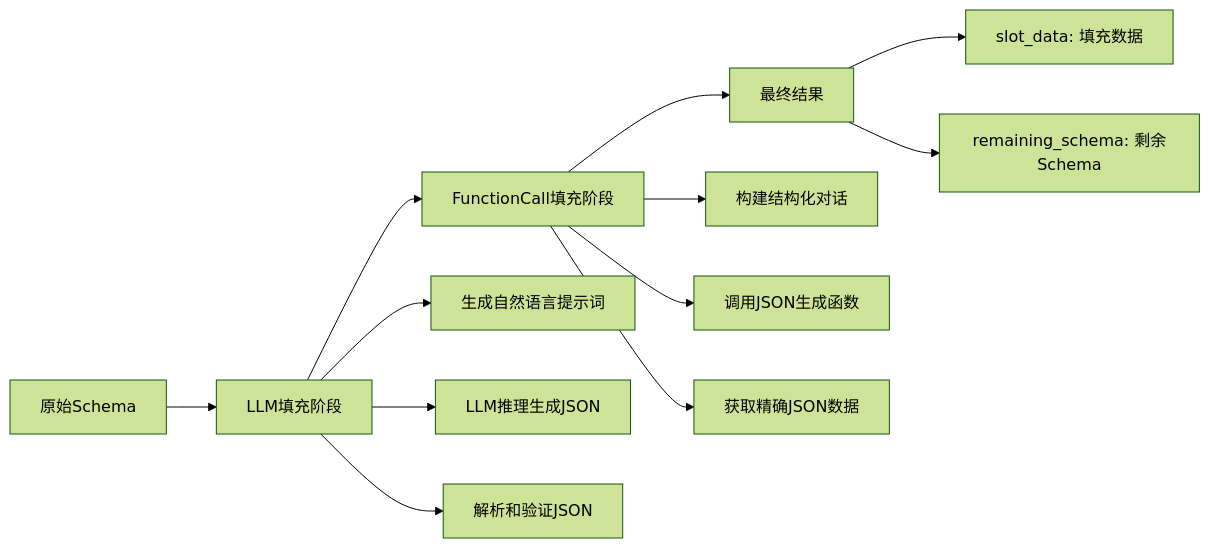
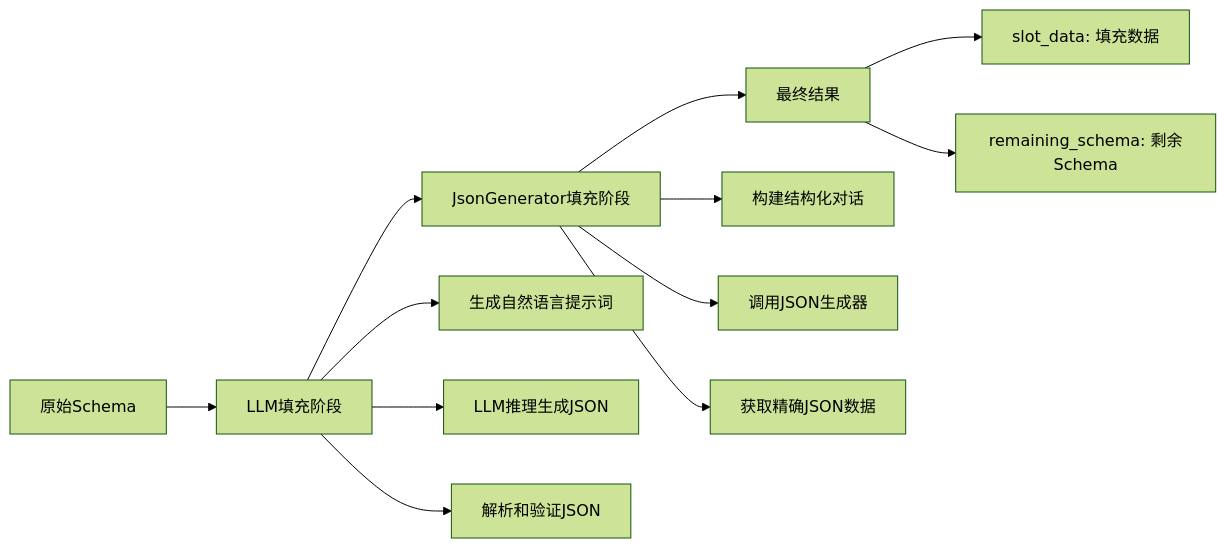
One commit to openeuler-mirror/euler-copilot-framework changed the sixth of 7 diagrams in design/call/slot.md. Above: the diagram before and after it, drawn with Mermaid (forest theme). The commit also changed other lines of this file, not shown here.

````diff
--- a/design/call/slot.md
+++ b/design/call/slot.md
@@ -298,17 +298,17 @@
 ```mermaid
 graph LR
     A[原始Schema] --> B[LLM填充阶段]
-    B --> C[FunctionCall填充阶段]
+    B --> C[JsonGenerator填充阶段]
     C --> D[最终结果]
-    
+
     B --> B1[生成自然语言提示词]
     B --> B2[LLM推理生成JSON]
     B --> B3[解析和验证JSON]
-    
+
     C --> C1[构建结构化对话]
-    C --> C2[调用JSON生成函数]
+    C --> C2[调用JSON生成器]
     C --> C3[获取精确JSON数据]
     
     D --> D1[slot_data: 填充数据]
     D --> D2[remaining_schema: 剩余Schema]
 ```
````
